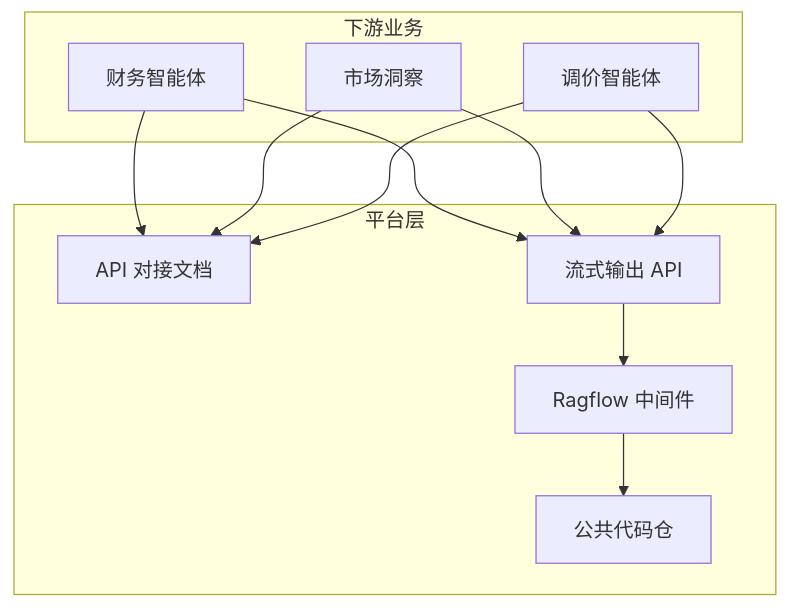
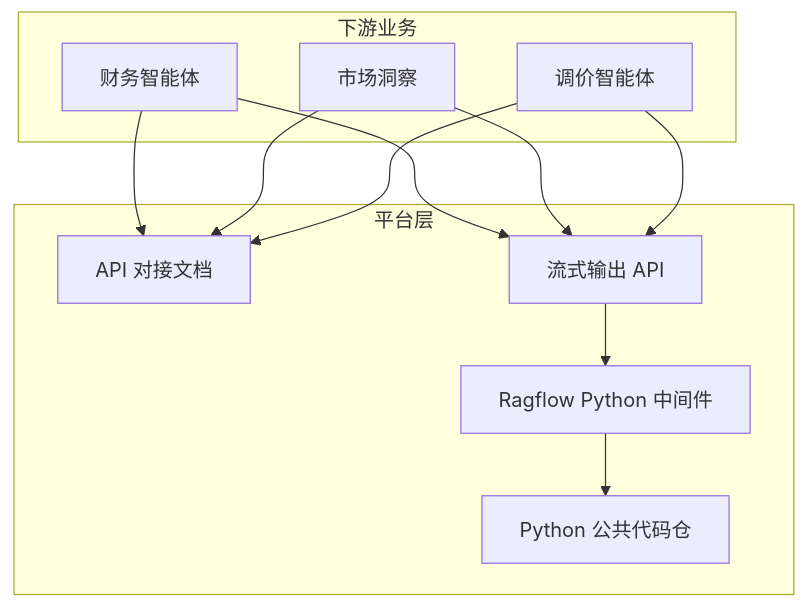
The first of 5 diagrams in reports/2026-06-09/index.md (swipth/work-report), drawn with Mermaid before and after one commit. The commit also changed other lines of this file and 29 other files, not shown here.

````diff
--- a/reports/2026-06-09/index.md
+++ b/reports/2026-06-09/index.md
@@ -33,24 +33,24 @@
 ```mermaid
 flowchart TB
     subgraph downstream ["下游业务"]
         D1["财务智能体"]
         D2["市场洞察"]
         D3["调价智能体"]
     end
 
     subgraph platform ["平台层"]
         DOC["API 对接文档"]
         STREAM["流式输出 API"]
-        RAG["Ragflow 中间件"]
-        REPO["公共代码仓"]
+        RAG["Ragflow Python 中间件"]
+        REPO["Python 公共代码仓"]
     end
 
     D1 --> DOC
     D2 --> DOC
     D3 --> DOC
     D1 --> STREAM
     D2 --> STREAM
     D3 --> STREAM
     RAG --> REPO
     STREAM --> RAG
 ```
````
